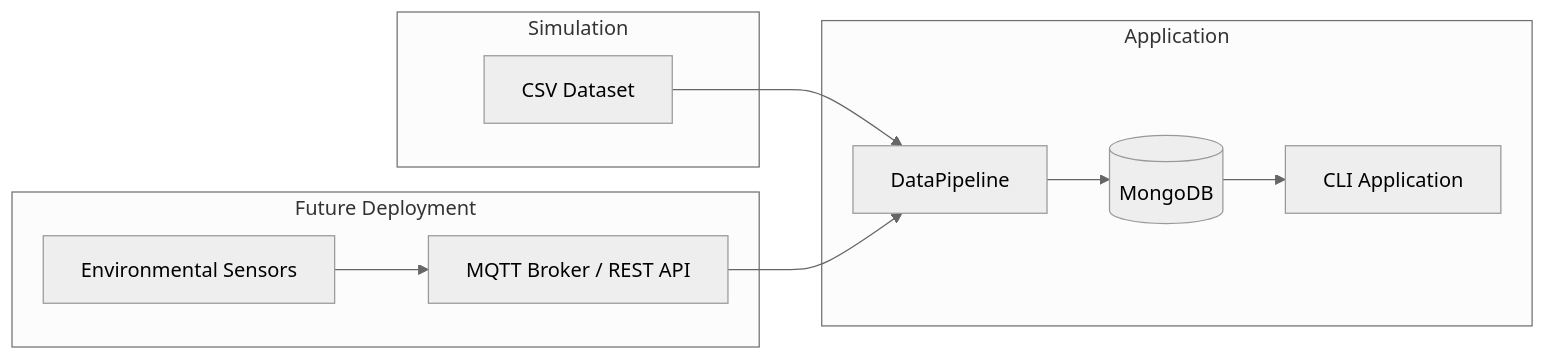
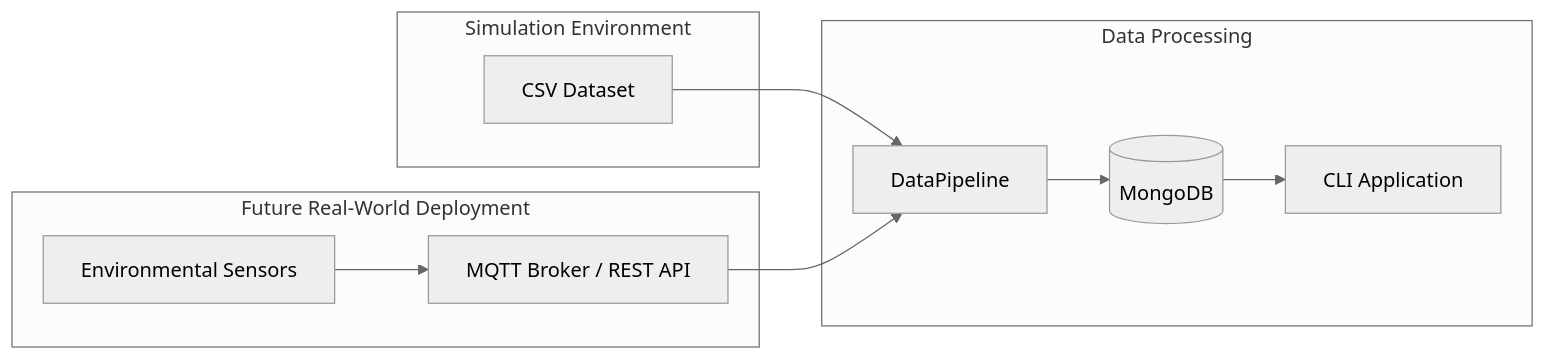
Before and after one commit to tipofyzik/mongodb_for_storing_sensor_data: the second of 2 diagrams in README.md, drawn with Mermaid (neutral theme). The commit also changed other lines of this file, not shown here.

````diff
--- a/README.md
+++ b/README.md
@@ -159,23 +134,26 @@
 ```mermaid
 flowchart LR
 
-subgraph Simulation["Simulation"]
+subgraph Simulation["Simulation Environment"]
     A[CSV Dataset]
 end
 
-subgraph Deployment["Future Deployment"]
-    B[Environmental Sensors]
-    C[MQTT Broker / REST API]
-    B --> C
-end
-
-subgraph System["Application"]
+subgraph Processing["Data Processing"]
     D[DataPipeline]
     E[(MongoDB)]
     F[CLI Application]
-    D --> E --> F
+    
+    D --> E
+    E --> F
+end
+
+subgraph Real["Future Real-World Deployment"]
+    B[Environmental Sensors]
+    C[MQTT Broker / REST API]
+    
+    B --> C
 end
 
 A --> D
 C --> D
 ```
````
